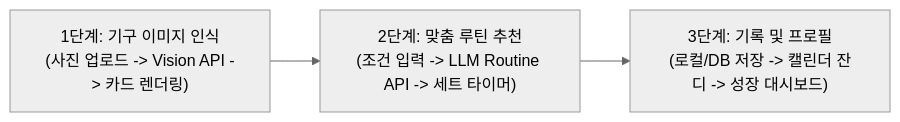
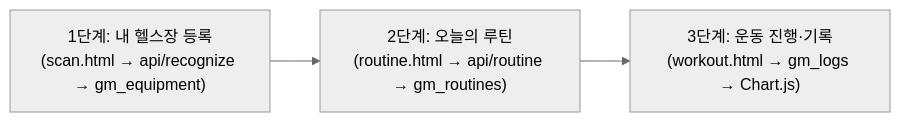
One commit to tragictuna/gym_mate changed the diagram in AGENTS.md. Above: the diagram before and after it, drawn with Mermaid (neutral theme). The commit also changed other lines of this file and 10 other files, not shown here.

````diff
--- a/AGENTS.md
+++ b/AGENTS.md
@@ -79,5 +95,5 @@
 ```mermaid
 flowchart LR
-    A["1단계: 기구 이미지 인식<br>(사진 업로드 -> Vision API -> 카드 렌더링)"] --> B["2단계: 맞춤 루틴 추천<br>(조건 입력 -> LLM Routine API -> 세트 타이머)"]
-    B --> C["3단계: 기록 및 프로필<br>(로컬/DB 저장 -> 캘린더 잔디 -> 성장 대시보드)"]
+    A["1단계: 내 헬스장 등록<br>(scan.html → api/recognize → gm_equipment)"] --> B["2단계: 오늘의 루틴<br>(routine.html → api/routine → gm_routines)"]
+    B --> C["3단계: 운동 진행·기록<br>(workout.html → gm_logs → Chart.js)"]
 ```
````
